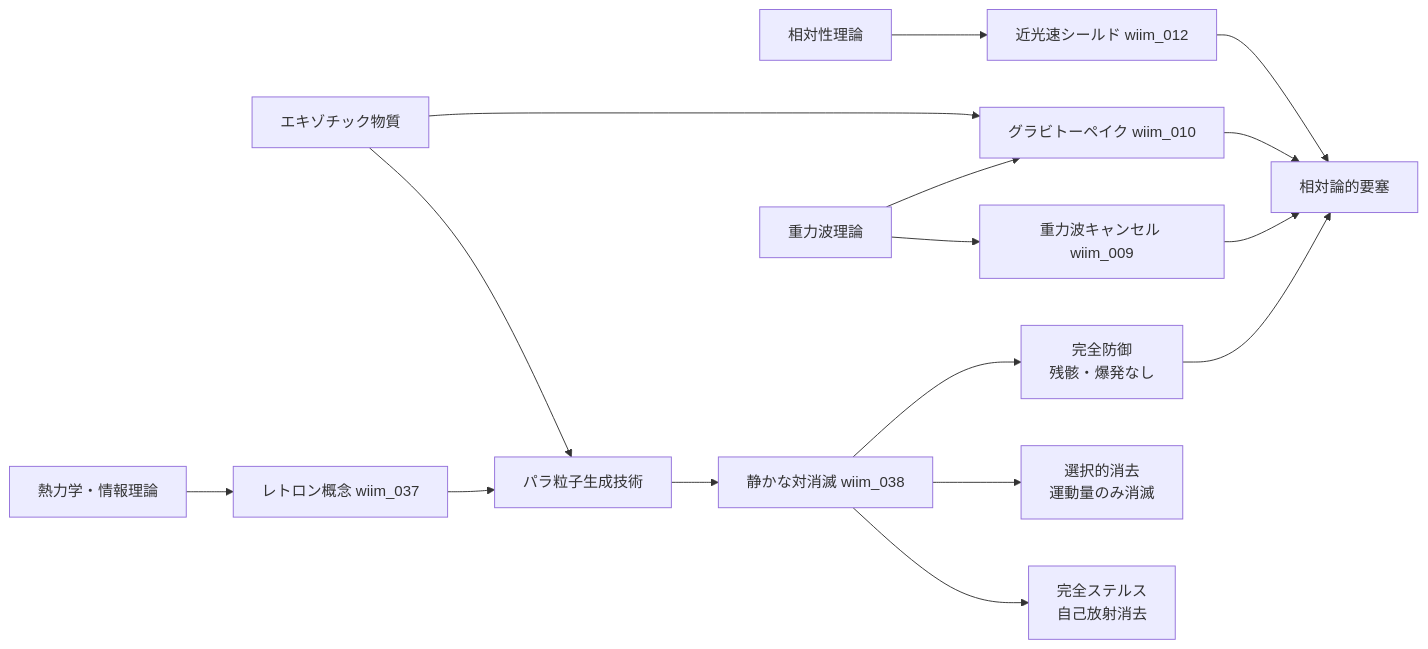
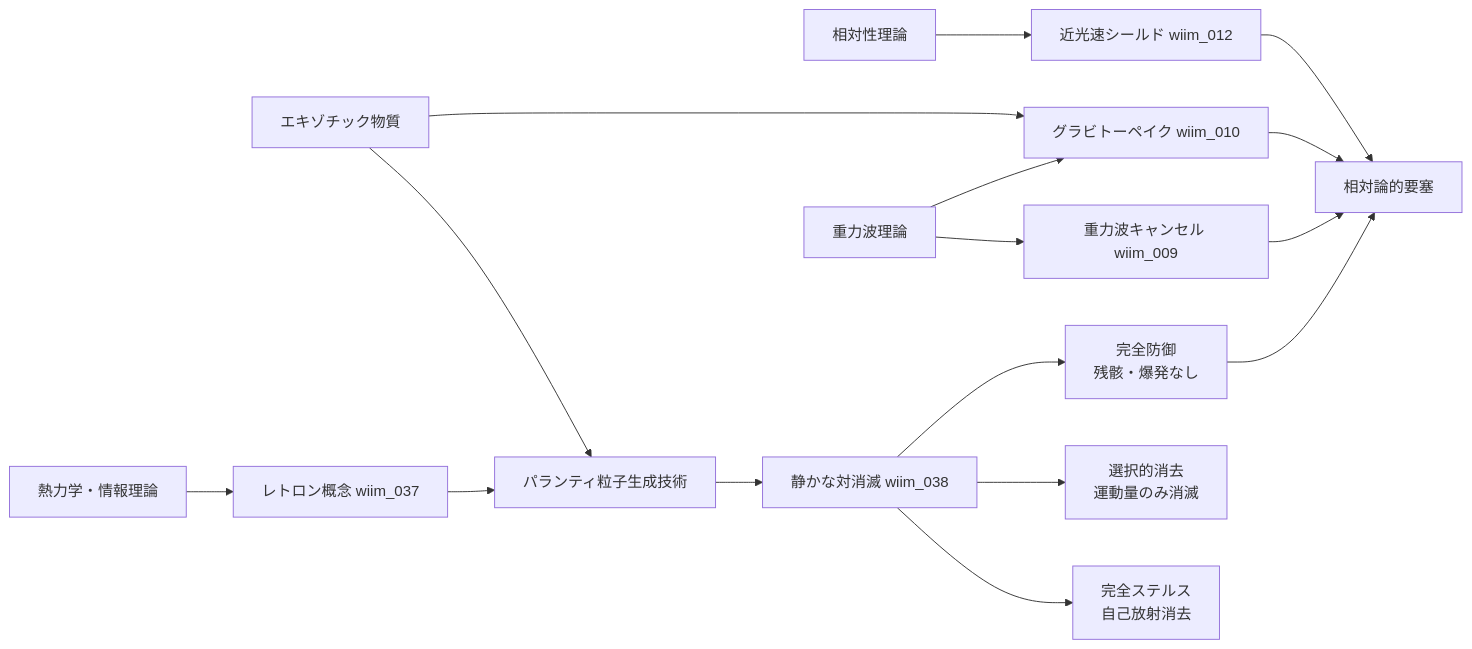
Before and after one commit to theronium/WhatIfImpossible: the third of 7 diagrams in docs/notes/tech_tree.md, drawn with Mermaid. The commit also changed other lines of this file and 35 other files, not shown here.

````diff
--- a/docs/notes/tech_tree.md
+++ b/docs/notes/tech_tree.md
@@ -135,24 +135,24 @@
 ```mermaid
 flowchart LR
     D1[相対性理論]
     D2[エキゾチック物質]
     D3[重力波理論]
     D8[熱力学・情報理論]
 
     D1 --> D4[近光速シールド wiim_012]
     D2 --> D5[グラビトーペイク wiim_010]
     D3 --> D5
     D3 --> D6[重力波キャンセル wiim_009]
     D4 --> D7[相対論的要塞]
     D5 --> D7
     D6 --> D7
 
     D8 --> D9[レトロン概念 wiim_037]
-    D2 --> D10[パラ粒子生成技術]
+    D2 --> D10[パランティ粒子生成技術]
     D9 --> D10
     D10 --> D11[静かな対消滅 wiim_038]
     D11 --> D12[完全防御\n残骸・爆発なし]
     D11 --> D13[選択的消去\n運動量のみ消滅]
     D11 --> D14[完全ステルス\n自己放射消去]
     D12 --> D7
 ```
````
